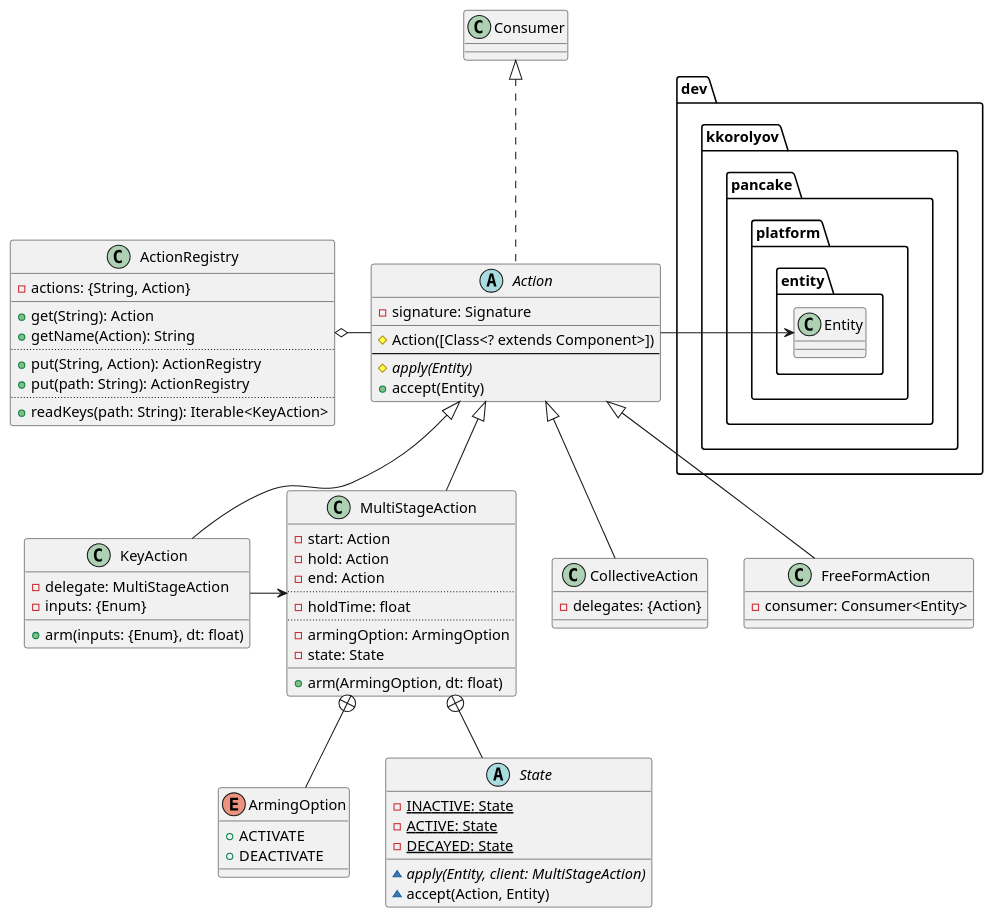
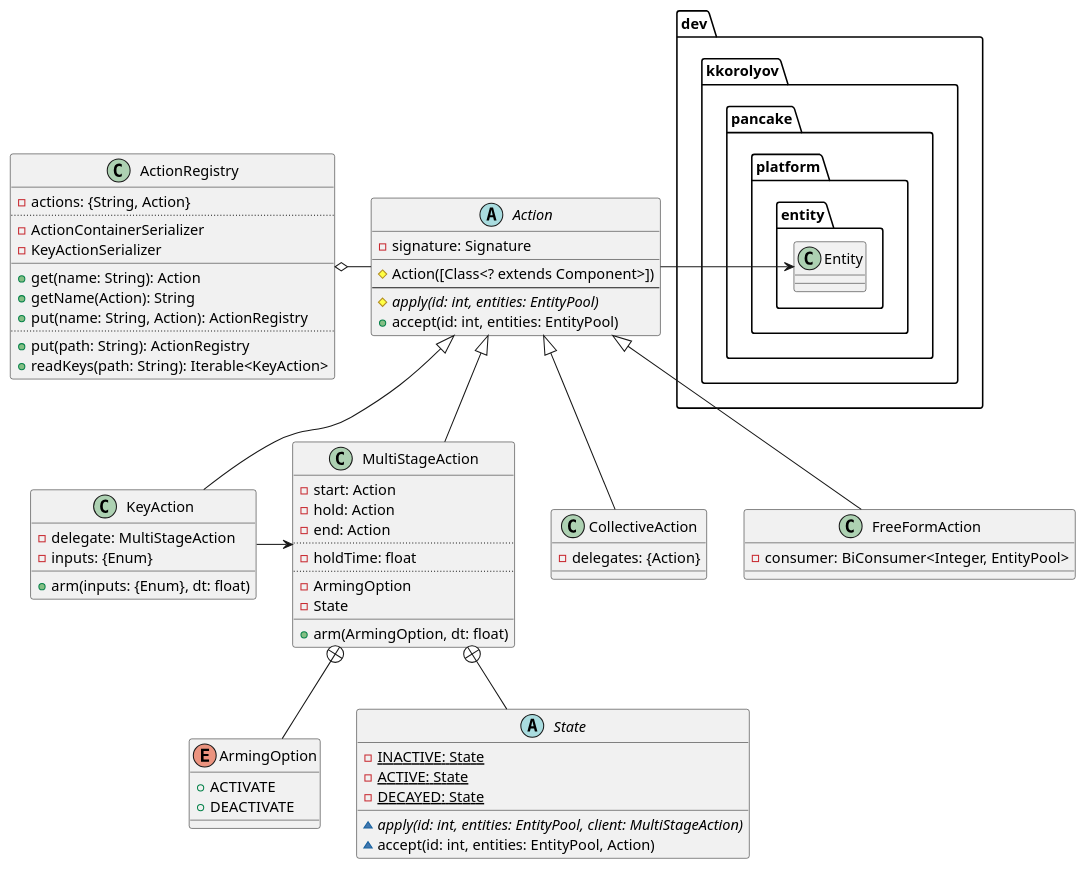
The diagram in docs/uml/pancake-platform/action.class.puml (kkorolyov/pancake), drawn with PlantUML before and after one commit. The commit also changed 5 other files, not shown here.

Commit message:
Update UML

```diff
--- a/docs/uml/pancake-platform/action.class.puml
+++ b/docs/uml/pancake-platform/action.class.puml
@@ -1,74 +1,75 @@
 @startuml
 
 abstract class Action {
 	-signature: Signature
 	__
 	#Action([Class<? extends Component>])
 	--
-	{abstract} #apply(Entity)
-	+accept(Entity)
+	{abstract} #apply(id: int, entities: EntityPool)
+	+accept(id: int, entities: EntityPool)
 }
-Action .u.|> Consumer
 Action -> dev.kkorolyov.pancake.platform.entity.Entity
 
 class CollectiveAction {
 	-delegates: {Action}
 }
 Action <|-- CollectiveAction
 
 class FreeFormAction {
-	-consumer: Consumer<Entity>
+	-consumer: BiConsumer<Integer, EntityPool>
 }
 Action <|-- FreeFormAction
 
 class KeyAction {
 	-delegate: MultiStageAction
 	-inputs: {Enum}
 	__
 	+arm(inputs: {Enum}, dt: float)
 }
 Action <|-- KeyAction
 KeyAction -> MultiStageAction
 
 class MultiStageAction {
 	-start: Action
 	-hold: Action
 	-end: Action
 	..
 	-holdTime: float
 	..
-	-armingOption: ArmingOption
-	-state: State
+	-ArmingOption
+	-State
 	__
 	+arm(ArmingOption, dt: float)
 }
 Action <|-- MultiStageAction
 MultiStageAction +-- ArmingOption
 MultiStageAction +-- State
 enum ArmingOption {
 	+ACTIVATE
 	+DEACTIVATE
 }
 abstract class State {
 	{static} -INACTIVE: State
 	{static} -ACTIVE: State
 	{static} -DECAYED: State
 
-	{abstract} ~apply(Entity, client: MultiStageAction)
-	~accept(Action, Entity)
+	{abstract} ~apply(id: int, entities: EntityPool, client: MultiStageAction)
+	~accept(id: int, entities: EntityPool, Action)
 }
 
 class ActionRegistry {
 	-actions: {String, Action}
+	..
+	-ActionContainerSerializer
+	-KeyActionSerializer
 	__
-	+get(String): Action
+	+get(name: String): Action
 	+getName(Action): String
+	+put(name: String, Action): ActionRegistry
 	..
-	+put(String, Action): ActionRegistry
 	+put(path: String): ActionRegistry
-	..
 	+readKeys(path: String): Iterable<KeyAction>
 }
 ActionRegistry o- Action
 
 @enduml
```
